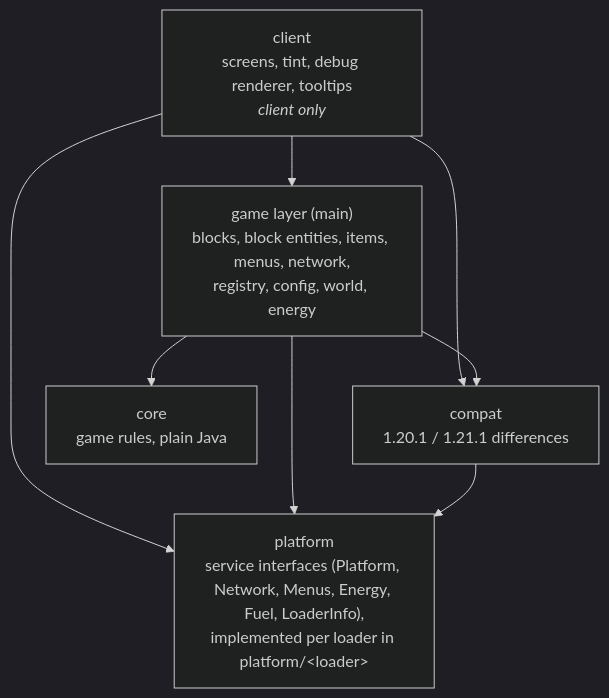
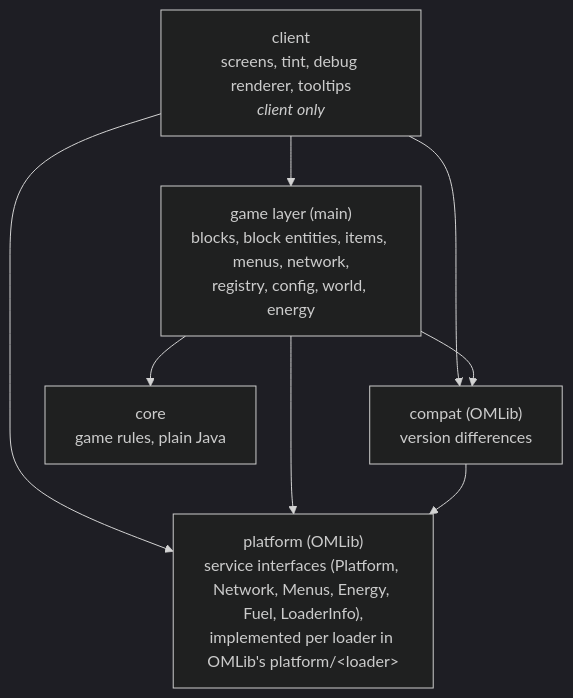
The first of 2 diagrams in docs/architecture.md (OpenModularTurretsTeam/OpenModularLighting), drawn with Mermaid (dark theme) before and after one commit. The commit also changed other lines of this file and 5 other files, not shown here.

First line of the commit message:
docs: CLAUDE.md, architecture, README and the other docs brought up to date

````diff
--- a/docs/architecture.md
+++ b/docs/architecture.md
@@ -22,15 +23,15 @@
 ```mermaid
 flowchart TB
     client["client<br/>screens, tint, debug renderer, tooltips<br/><i>client only</i>"]
     game["game layer (main)<br/>blocks, block entities, items, menus, network,<br/>registry, config, world, energy"]
-    compat["compat<br/>1.20.1 / 1.21.1 differences"]
-    platform["platform<br/>service interfaces (Platform, Network, Menus, Energy, Fuel, LoaderInfo),<br/>implemented per loader in platform/&lt;loader&gt;"]
+    compat["compat (OMLib)<br/>version differences"]
+    platform["platform (OMLib)<br/>service interfaces (Platform, Network, Menus, Energy, Fuel, LoaderInfo),<br/>implemented per loader in OMLib's platform/&lt;loader&gt;"]
     core["core<br/>game rules, plain Java"]
     client --> game
     client --> compat
     client --> platform
     game --> compat
     game --> platform
     game --> core
     compat --> platform
 ```
````
